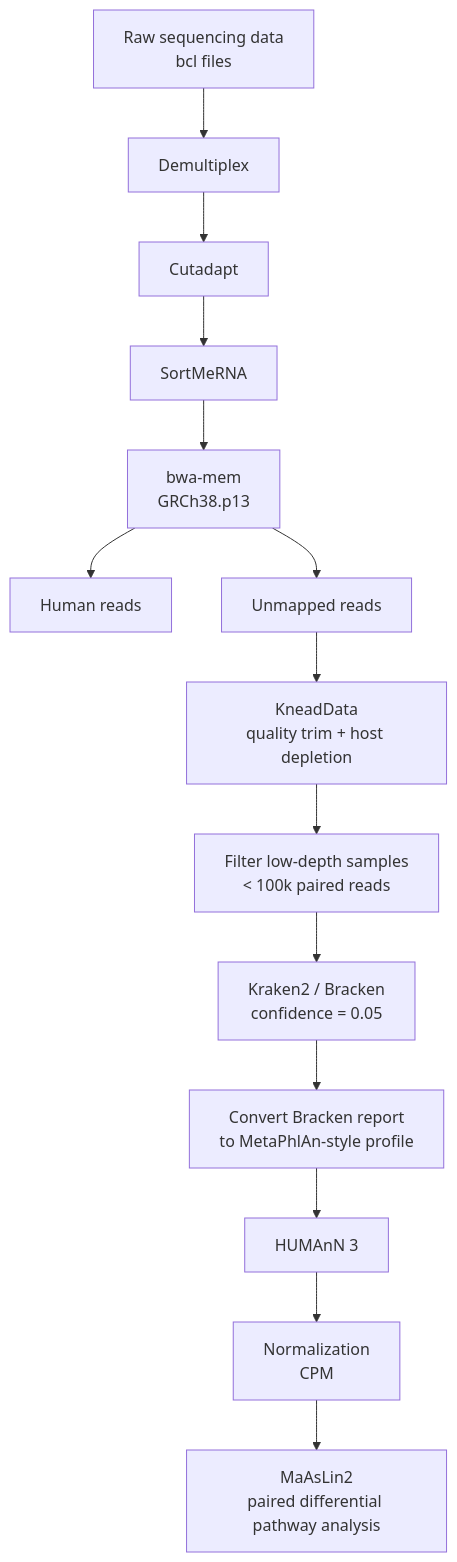
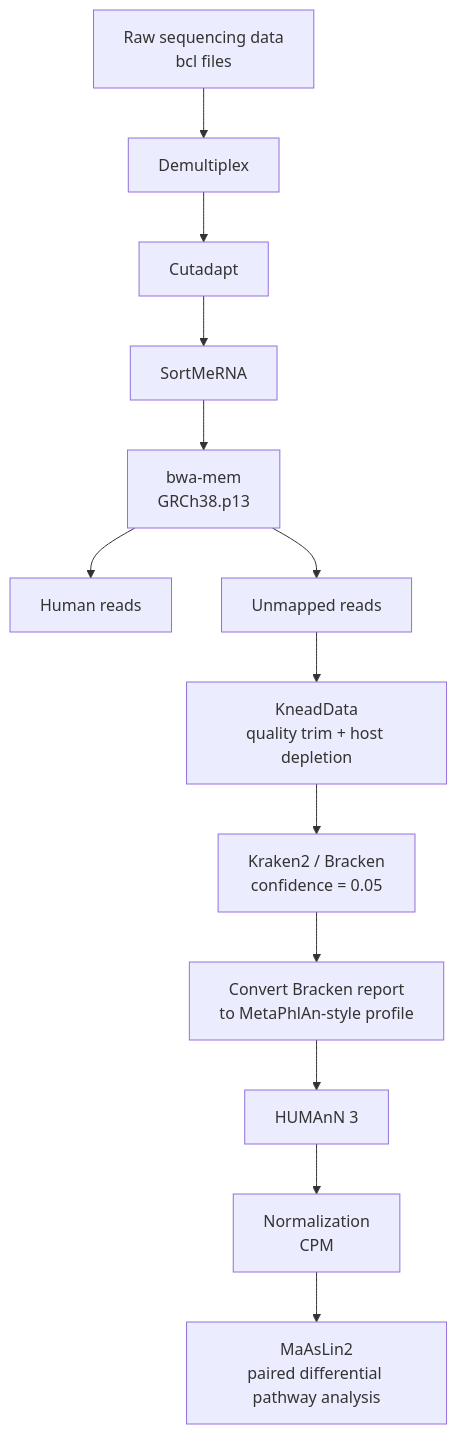
One commit to aliceh0ng/Kvich-Metatranscriptomics changed the second of 2 diagrams in README.md. Above: the diagram before and after it, drawn with Mermaid.

Commit message:
read me final update

````diff
--- a/README.md
+++ b/README.md
@@ -99,21 +99,19 @@
 ```mermaid
 flowchart TD
     A[Raw sequencing data<br/>bcl files] --> B[Demultiplex]
     B --> C[Cutadapt]
     C --> D[SortMeRNA]
     D --> E[bwa-mem<br/>GRCh38.p13]
 
     E --> F[Human reads]
     E --> G[Unmapped reads]
 
     G --> H[KneadData<br/>quality trim + host depletion]
-    H --> I[Filter low-depth samples<br/>< 100k paired reads]
+    H --> I[Kraken2 / Bracken<br/>confidence = 0.05]
 
-    I --> J[Kraken2 / Bracken<br/>confidence = 0.05]
-    J --> K[Convert Bracken report<br/>to MetaPhlAn-style profile]
+    I --> J[Convert Bracken report<br/>to MetaPhlAn-style profile]
+    J --> K[HUMAnN 3]
 
-    K --> L[HUMAnN 3]
-    L --> M[Normalization<br/>CPM]
-
-    M --> N[MaAsLin2<br/>paired differential pathway analysis]
+    K --> L[Normalization<br/>CPM]
+    L --> M[MaAsLin2<br/>paired differential pathway analysis]
 ```
````
